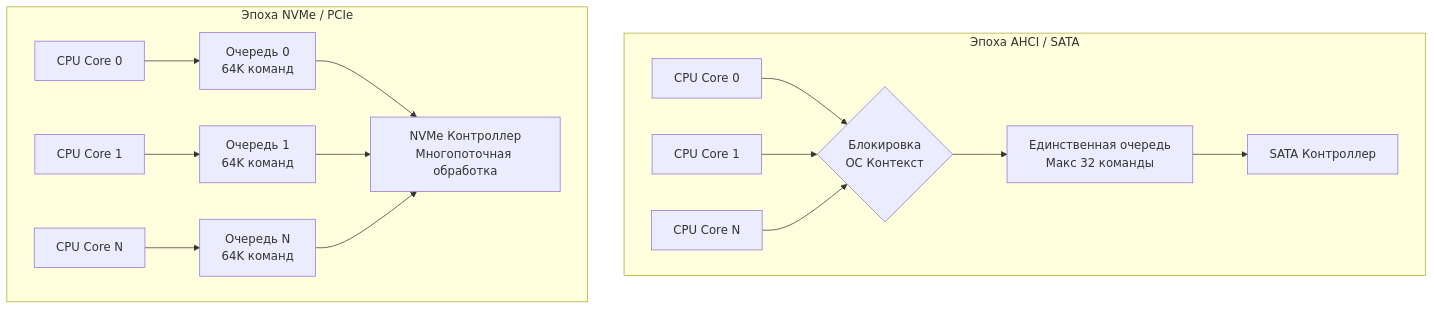
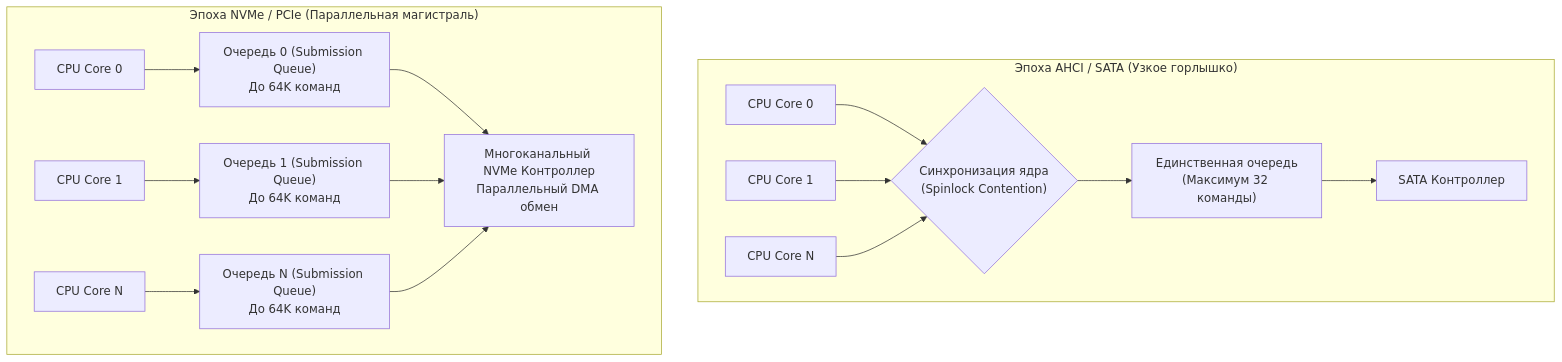
The diagram in sources/1. Архитектура компьютера/37. SSD, NVMe и почему современные диски такие быстрые.md (UnrealTemplier/go-textbook), drawn with Mermaid before and after one commit. The commit also changed other lines of this file, not shown here.

Commit message:
feat(module-01): editorial rewrite of Article 37 (SSD, NVMe, and Fast Storage) in Kernighan style

````diff
--- a/sources/1. Архитектура компьютера/37. SSD, NVMe и почему современные диски такие быстрые.md
+++ b/sources/1. Архитектура компьютера/37. SSD, NVMe и почему современные диски такие быстрые.md
@@ -81,15 +115,15 @@
 ```mermaid
 flowchart TD
-    subgraph AHCI_SATA ["Эпоха AHCI / SATA"]
-        CPU1["CPU Core 0"] & CPU2["CPU Core 1"] & CPUN["CPU Core N"] --> LOCK{"Блокировка<br>ОС Контекст"}
-        LOCK --> Q1["Единственная очередь<br>Макс 32 команды"]
+    subgraph AHCI_SATA ["Эпоха AHCI / SATA (Узкое горлышко)"]
+        CPU1["CPU Core 0"] & CPU2["CPU Core 1"] & CPUN["CPU Core N"] --> LOCK{"Синхронизация ядра<br>(Spinlock Contention)"}
+        LOCK --> Q1["Единственная очередь<br>(Максимум 32 команды)"]
         Q1 --> SATA["SATA Контроллер"]
     end
     
-    subgraph NVMe_PCIe ["Эпоха NVMe / PCIe"]
-        CPU_0["CPU Core 0"] --> SQ0["Очередь 0<br>64K команд"]
-        CPU_1["CPU Core 1"] --> SQ1["Очередь 1<br>64K команд"]
-        CPU_N["CPU Core N"] --> SQN["Очередь N<br>64K команд"]
-        SQ0 & SQ1 & SQN --> NVMe_CTRL["NVMe Контроллер<br>Многопоточная обработка"]
+    subgraph NVMe_PCIe ["Эпоха NVMe / PCIe (Параллельная магистраль)"]
+        CPU_0["CPU Core 0"] --> SQ0["Очередь 0 (Submission Queue)<br>До 64K команд"]
+        CPU_1["CPU Core 1"] --> SQ1["Очередь 1 (Submission Queue)<br>До 64K команд"]
+        CPU_N["CPU Core N"] --> SQN["Очередь N (Submission Queue)<br>До 64K команд"]
+        SQ0 & SQ1 & SQN --> NVMe_CTRL["Многоканальный NVMe Контроллер<br>Параллельный DMA обмен"]
     end
 ```
````
